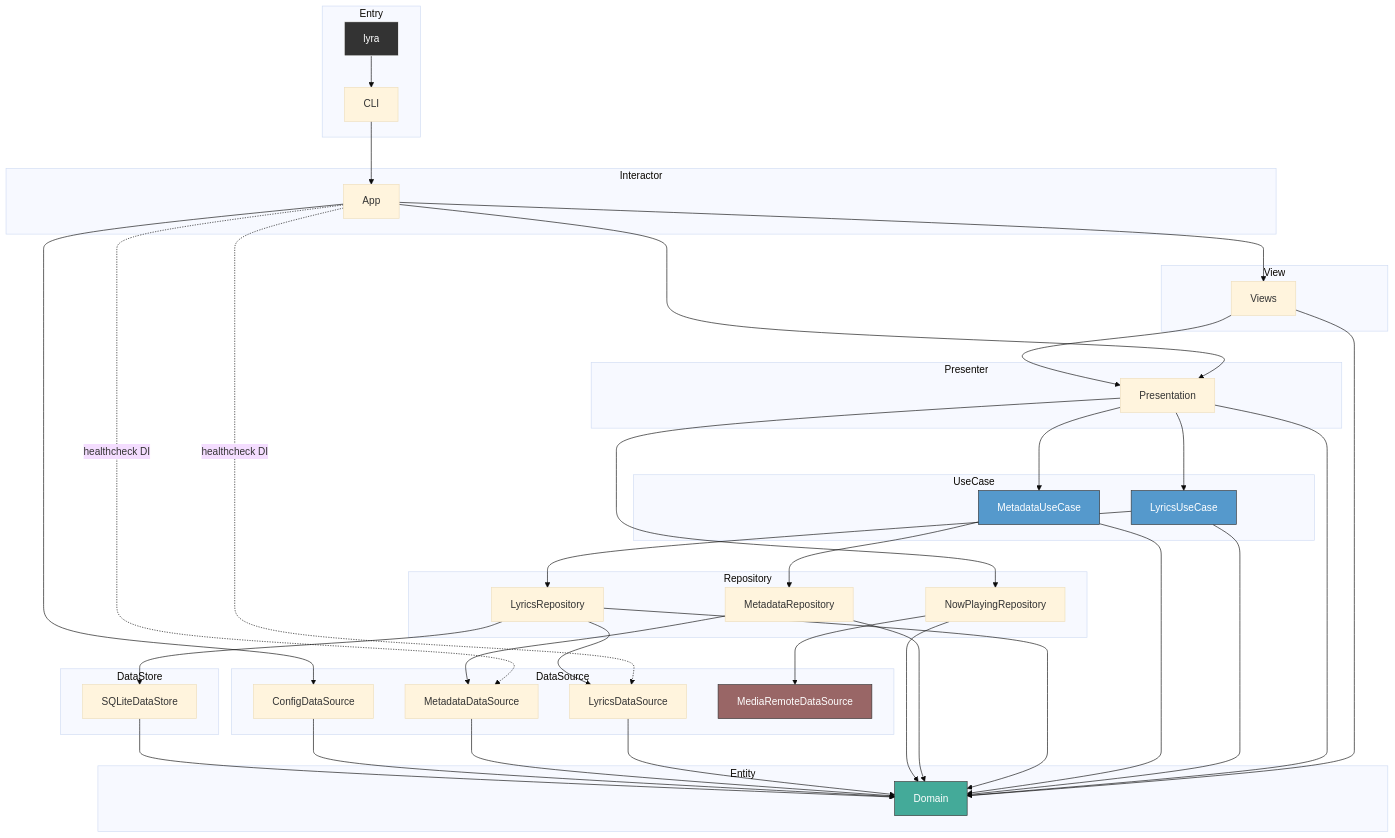
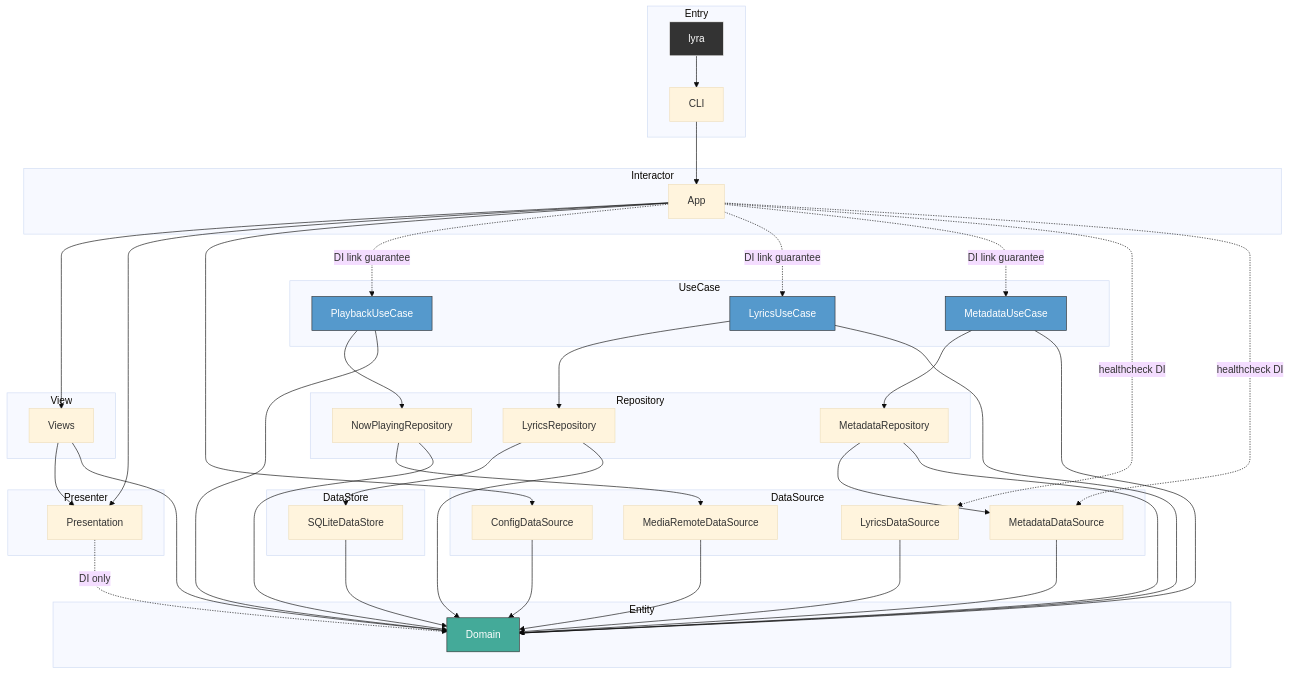
One commit to GeneralD/lyra changed the diagram in CLAUDE.md. Above: the diagram before and after it, drawn with Mermaid (base theme). The commit also changed other lines of this file and 35 other files, not shown here.

````diff
--- a/CLAUDE.md
+++ b/CLAUDE.md
@@ -22,67 +22,71 @@
 ```mermaid
 graph TD
     subgraph Entry
         lyra[lyra]
         CLI[CLI]
     end
 
     subgraph View
         Views[Views]
     end
 
     subgraph Interactor
         App[App]
     end
 
     subgraph Presenter
         Presentation[Presentation]
     end
 
     subgraph Entity
         Domain[Domain]
     end
 
     subgraph UseCase
+        PlaybackUseCase[PlaybackUseCase]
         LyricsUseCase[LyricsUseCase]
         MetadataUseCase[MetadataUseCase]
     end
 
     subgraph Repository
         LyricsRepository[LyricsRepository]
         MetadataRepository[MetadataRepository]
         NowPlayingRepository[NowPlayingRepository]
     end
 
     subgraph DataSource
         LyricsDataSource[LyricsDataSource]
         MetadataDataSource[MetadataDataSource]
         ConfigDataSource[ConfigDataSource]
         MediaRemoteDataSource[MediaRemoteDataSource]
     end
 
     subgraph DataStore
         SQLiteDataStore[SQLiteDataStore]
     end
 
     lyra --> CLI
     CLI --> App
     App --> Views & Presentation & ConfigDataSource
+    App -.->|DI link guarantee| PlaybackUseCase & LyricsUseCase & MetadataUseCase
     App -.->|healthcheck DI| LyricsDataSource & MetadataDataSource
     Views --> Presentation & Domain
-    Presentation --> LyricsUseCase & MetadataUseCase & NowPlayingRepository & Domain
+    Presentation -.->|DI only| Domain
+    PlaybackUseCase --> NowPlayingRepository & Domain
     LyricsUseCase --> LyricsRepository & Domain
     MetadataUseCase --> MetadataRepository & Domain
-    LyricsRepository --> LyricsDataSource & SQLiteDataStore & Domain
+    LyricsRepository --> SQLiteDataStore & Domain
     MetadataRepository --> MetadataDataSource & Domain
     NowPlayingRepository --> MediaRemoteDataSource & Domain
     LyricsDataSource --> Domain
     MetadataDataSource --> Domain
+    MediaRemoteDataSource --> Domain
     ConfigDataSource --> Domain
     SQLiteDataStore --> Domain
 
     style Domain fill:#4a9,stroke:#333,color:#fff
+    style PlaybackUseCase fill:#59c,stroke:#333,color:#fff
     style LyricsUseCase fill:#59c,stroke:#333,color:#fff
     style MetadataUseCase fill:#59c,stroke:#333,color:#fff
-    style MediaRemoteDataSource fill:#966,stroke:#333,color:#fff
     style lyra fill:#333,stroke:#fff,color:#fff
 ```
````
